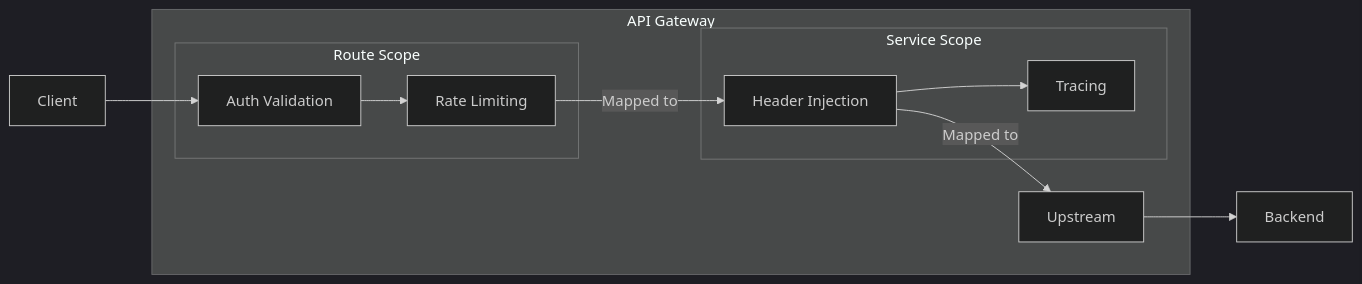
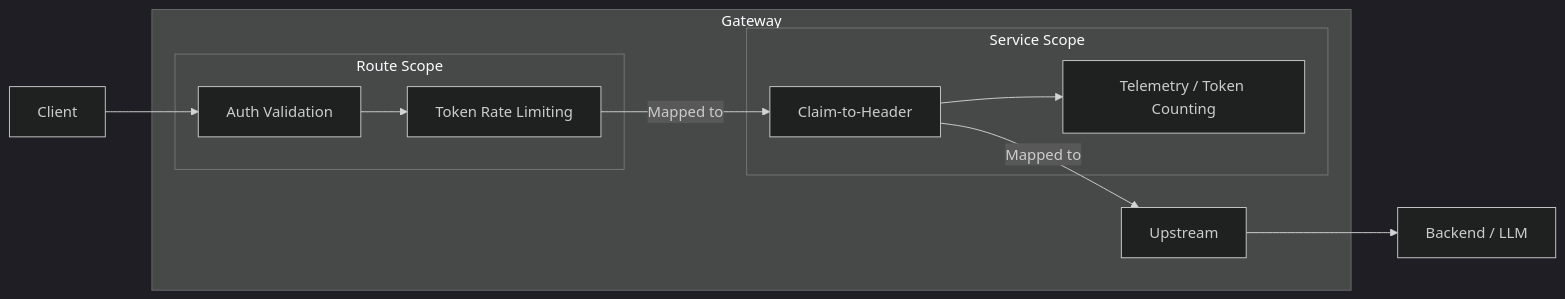
One commit to susmitpy/talks changed the fifth of 7 diagrams in authnz_obs.md. Above: the diagram before and after it, drawn with Mermaid (dark theme). The commit also changed other lines of this file, not shown here.

````diff
--- a/authnz_obs.md
+++ b/authnz_obs.md
@@ -316,27 +288,27 @@
 ```mermaid
 graph LR
 
 C[Client]
-B[Backend]
+B[Backend / LLM]
 
-subgraph API Gateway
+subgraph Gateway
     subgraph Route Scope
       RPL1[Auth Validation]
-      RPL2[Rate Limiting]
+      RPL2[Token Rate Limiting]
 
       RPL1 --> RPL2
     end
     subgraph Service Scope
-      SPL1[Header Injection]
-      SPL2[Tracing]
+      SPL1[Claim-to-Header]
+      SPL2[Telemetry / Token Counting]
 
       SPL1 --> SPL2
     end
     U[Upstream]
 
     RPL2 --> |Mapped to| SPL1 --> |Mapped to| U
 end
 
 C --> RPL1
 U --> B
 ```
````
